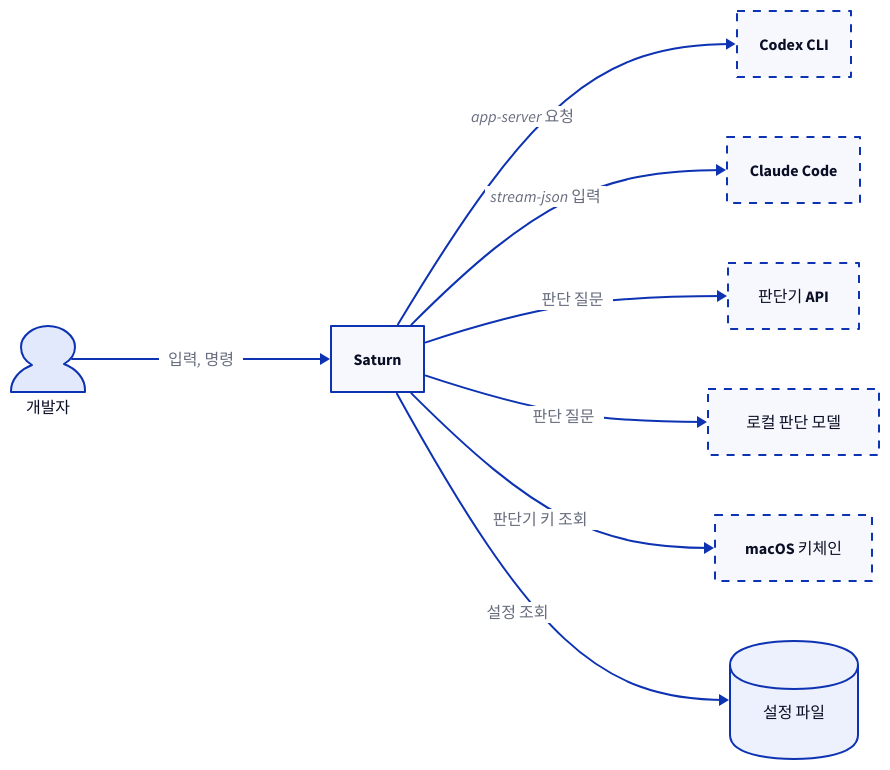
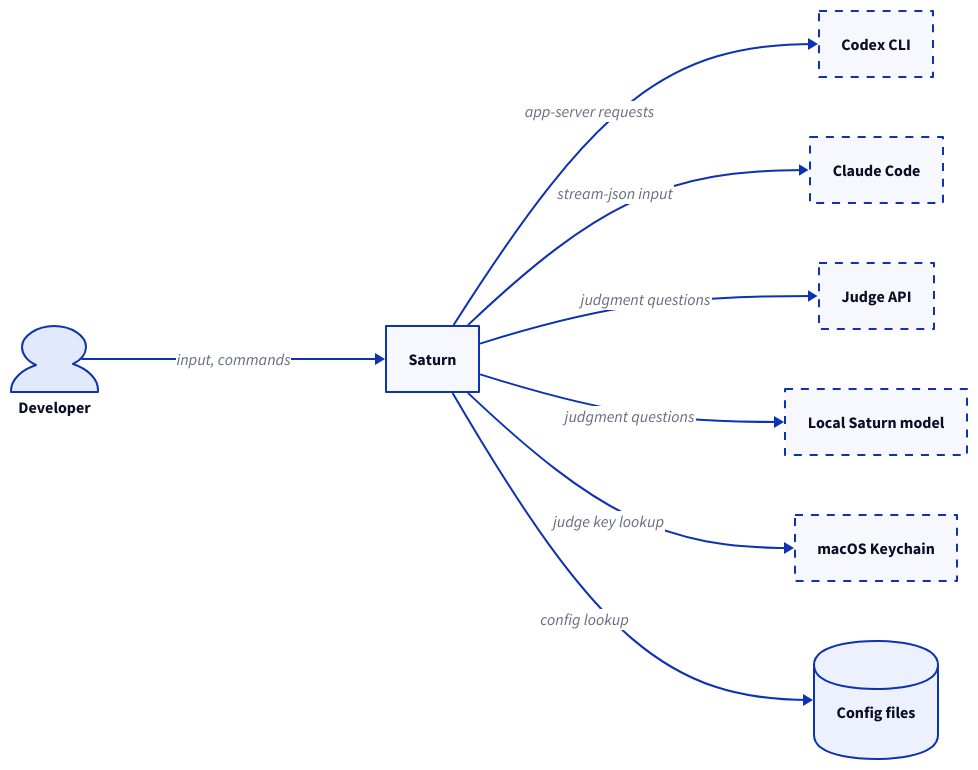
One commit to woonyong-choi/saturn changed the diagram in docs/assets/context.d2. Above: the diagram before and after it, drawn with D2. The commit also changed 37 other files, not shown here.

```diff
--- a/docs/assets/context.d2
+++ b/docs/assets/context.d2
@@ -1,16 +1,16 @@
 direction: right
-user: 개발자 {shape: person}
+user: Developer {shape: person}
 system: Saturn
 codex-cli: Codex CLI {style.stroke-dash: 4}
 claude-code: Claude Code {style.stroke-dash: 4}
-judge-api: 판단기 API {style.stroke-dash: 4}
-local-judge: 로컬 판단 모델 {style.stroke-dash: 4}
-macos-keychain: macOS 키체인 {style.stroke-dash: 4}
-config-files: 설정 파일 {shape: cylinder}
-user -> system: 입력, 명령
-system -> codex-cli: app-server 요청
-system -> claude-code: stream-json 입력
-system -> judge-api: 판단 질문
-system -> local-judge: 판단 질문
-system -> macos-keychain: 판단기 키 조회
-system -> config-files: 설정 조회
+judge-api: Judge API {style.stroke-dash: 4}
+local-judge: Local Saturn model {style.stroke-dash: 4}
+macos-keychain: macOS Keychain {style.stroke-dash: 4}
+config-files: Config files {shape: cylinder}
+user -> system: input, commands
+system -> codex-cli: app-server requests
+system -> claude-code: stream-json input
+system -> judge-api: judgment questions
+system -> local-judge: judgment questions
+system -> macos-keychain: judge key lookup
+system -> config-files: config lookup
```
